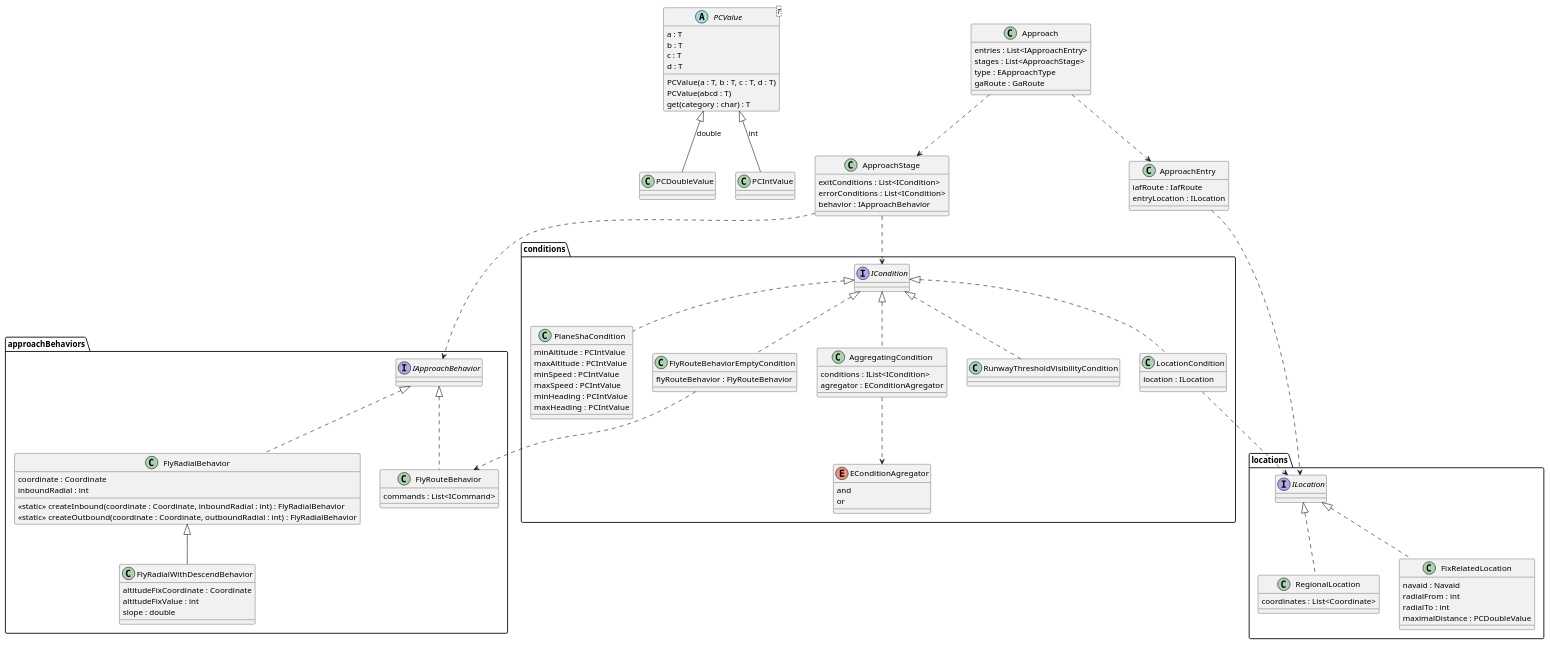
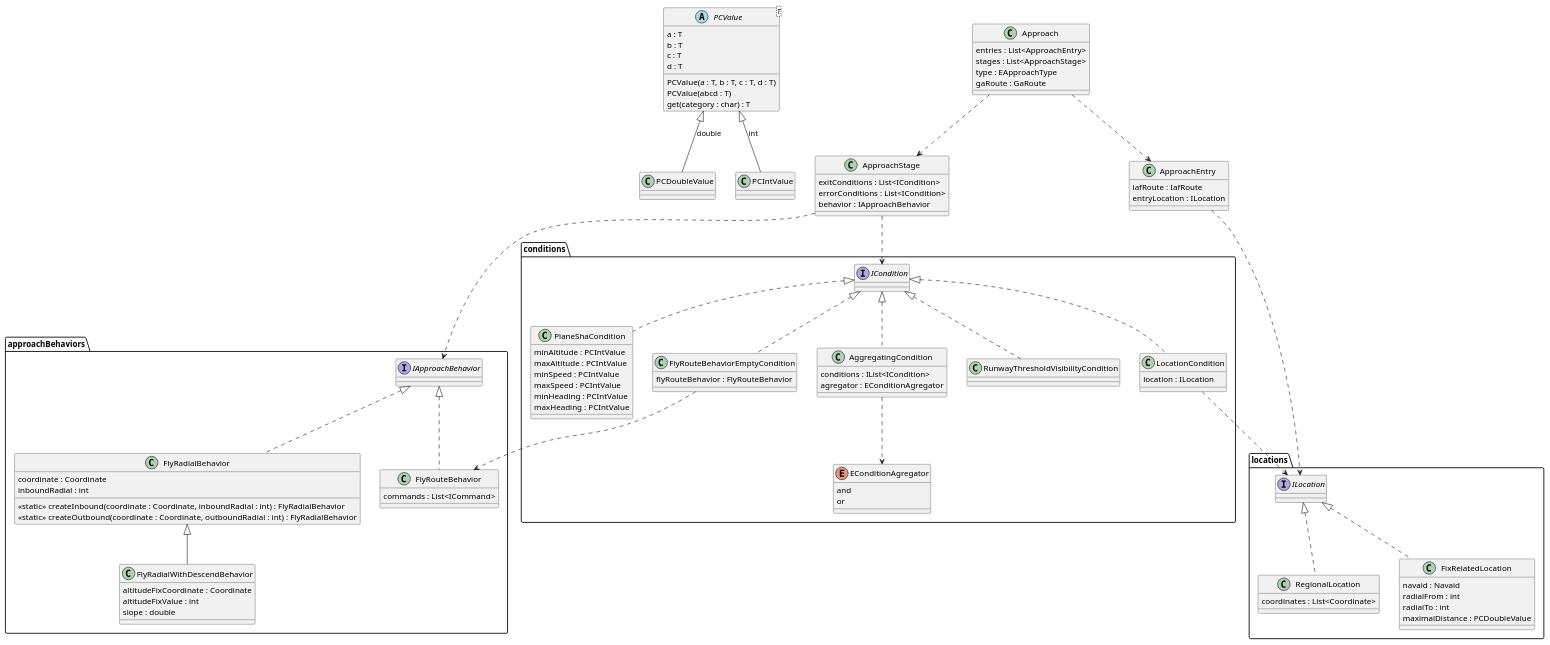
Before and after one commit to Engin1980/J-ATC-Simulator: the diagram in Simulator/Backend/AreaLib/src/eng/jAtcSim/newLib/area/oldApproaches/ApproachNewIdeas.puml, drawn with PlantUML. The commit also changed 4 other files, not shown here.

```diff
--- a/Simulator/Backend/AreaLib/src/eng/jAtcSim/newLib/area/oldApproaches/ApproachNewIdeas.puml
+++ b/Simulator/Backend/AreaLib/src/eng/jAtcSim/newLib/area/oldApproaches/ApproachNewIdeas.puml
@@ -1,133 +1,133 @@
 @startuml
 
 abstract class PCValue<T>{
   a : T
   b : T
   c : T
   d : T
   PCValue(a : T, b : T, c : T, d : T)
   PCValue(abcd : T)
   get(category : char) : T
 }
 
 class PCDoubleValue
 PCDoubleValue -up-|> PCValue : double
 class PCIntValue
 PCIntValue -up-|> PCValue : int
 
 package locations{
     interface ILocation
 
     class RegionalLocation{
         coordinates : List<Coordinate>
     }
     class FixRelatedLocation{
         navaid : Navaid
         radialFrom : int
         radialTo : int
         maximalDistance : PCDoubleValue
     }
 
     FixRelatedLocation .up.|> ILocation
     RegionalLocation .up.|> ILocation
 }
 
 
 package conditions{
     interface ICondition
 
     class PlaneShaCondition{
       minAltitude : PCIntValue
       maxAltitude : PCIntValue
       minSpeed : PCIntValue
       maxSpeed : PCIntValue
       minHeading : PCIntValue
       maxHeading : PCIntValue
     }
 
     class LocationCondition{
       location : ILocation
     }
 
     class AggregatingCondition{
       conditions : IList<ICondition>
       agregator : EConditionAgregator
     }
     class RunwayThresholdVisibilityCondition
 
     class FlyRouteBehaviorEmptyCondition{
       flyRouteBehavior : FlyRouteBehavior
     }
 
     enum EConditionAgregator{
       and
       or
     }
 
 }
 
 
 
 PlaneShaCondition .up.|> ICondition
 LocationCondition .up.|> ICondition
 LocationCondition ..> ILocation
 AggregatingCondition .up.|> ICondition
 AggregatingCondition ..> EConditionAgregator
 RunwayThresholdVisibilityCondition .up.|> ICondition
 FlyRouteBehaviorEmptyCondition .up.|> ICondition
 
 
 
 package approachBehaviors{
     interface IApproachBehavior
 
     class FlyRouteBehavior{
      commands : List<ICommand>
     }
 
     class FlyRadialBehavior{
       coordinate : Coordinate
       inboundRadial : int
       <<static>> createInbound(coordinate : Coordinate, inboundRadial : int) : FlyRadialBehavior
       <<static>> createOutbound(coordinate : Coordinate, outboundRadial : int) : FlyRadialBehavior
     }
 
     class FlyRadialWithDescendBehavior{
       altitudeFixCoordinate : Coordinate
       altitudeFixValue : int
       slope : double
     }
 
 }
 
 FlyRouteBehavior .up.|> IApproachBehavior
 FlyRadialBehavior .up.|> IApproachBehavior
 FlyRadialWithDescendBehavior -up-|> FlyRadialBehavior
 FlyRouteBehaviorEmptyCondition ..> FlyRouteBehavior
 
 class ApproachStage{
   exitConditions : List<ICondition>
   errorConditions : List<ICondition>
   behavior : IApproachBehavior
 }
 
 ApproachStage ..> ICondition
 ApproachStage ..> IApproachBehavior
 
 class Approach{
-  entries : List<IApproachEntry>
+  entries : List<ApproachEntry>
   stages : List<ApproachStage>
   type : EApproachType
   gaRoute : GaRoute
 }
 Approach ..> ApproachStage
 Approach ..> ApproachEntry
 
 class ApproachEntry{
   iafRoute : IafRoute
   entryLocation : ILocation
 }
 
 ApproachEntry ..> ILocation
 
 @enduml
```
